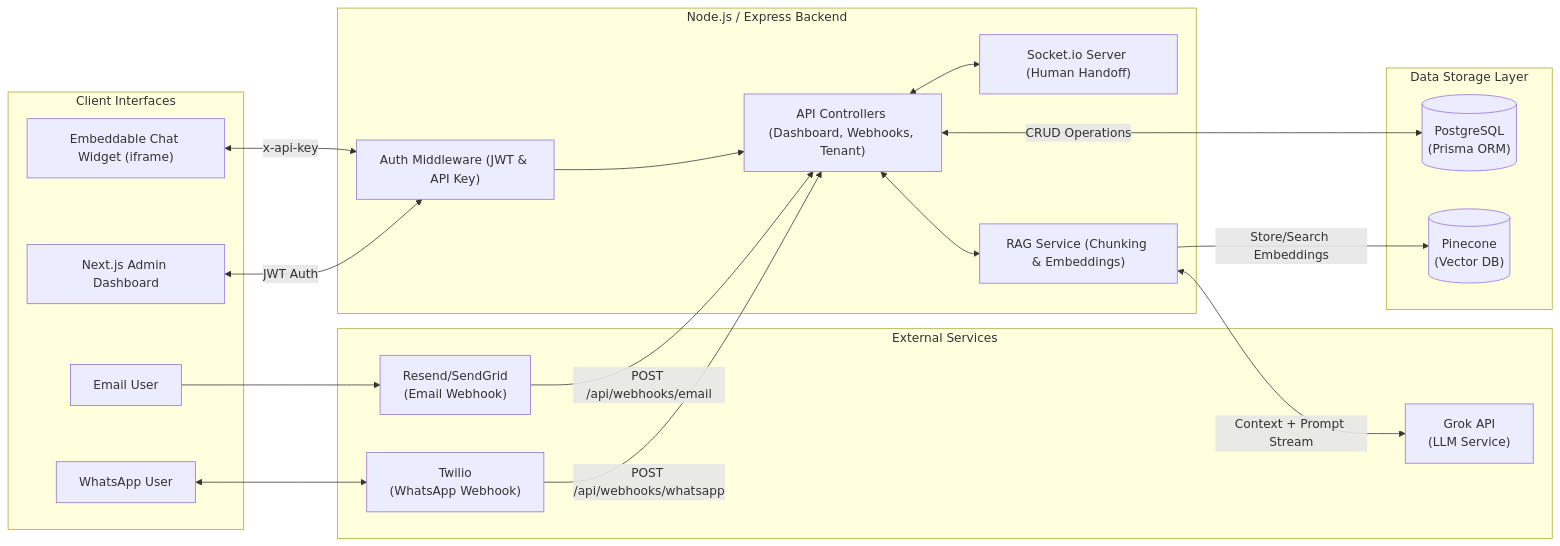
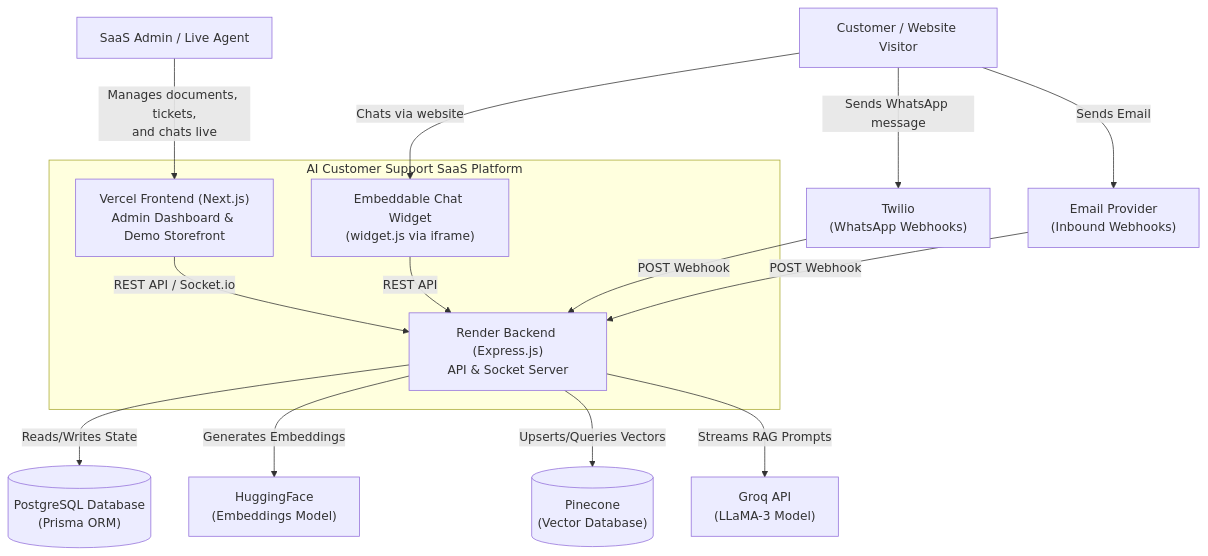
One commit to RoniMaity/AI-Customer-Support-SaaS changed the diagram in systemContextDiagram.md. Above: the diagram before and after it, drawn with Mermaid. The commit also changed 3 other files, not shown here.

Commit message:
docs: update system architecture and flow diagrams

````diff
--- a/systemContextDiagram.md
+++ b/systemContextDiagram.md
@@ -1,49 +5,40 @@
 ```mermaid
-flowchart LR
-    subgraph Clients["Client Interfaces"]
-        A["Next.js Admin Dashboard"]
-        B["Embeddable Chat Widget (iframe)"]
-        WApp["WhatsApp User"]
-        Email["Email User"]
+graph TD
+    %% Actors
+    Admin["SaaS Admin / Live Agent"]
+    Visitor["Customer / Website Visitor"]
+    
+    %% Core System
+    subgraph "AI Customer Support SaaS Platform"
+        Frontend["Vercel Frontend (Next.js)<br/>Admin Dashboard & Demo Storefront"]
+        Backend["Render Backend (Express.js)<br/>API & Socket Server"]
+        Widget["Embeddable Chat Widget<br/>(widget.js via iframe)"]
     end
+    
+    %% Databases
+    DB[("PostgreSQL Database<br/>(Prisma ORM)")]
+    VectorDB[("Pinecone<br/>(Vector Database)")]
+    
+    %% External Integrations
+    LLM["Groq API<br/>(LLaMA-3 Model)"]
+    HF["HuggingFace<br/>(Embeddings Model)"]
+    Twilio["Twilio<br/>(WhatsApp Webhooks)"]
+    Email["Email Provider<br/>(Inbound Webhooks)"]
 
-    subgraph BackendApp["Node.js / Express Backend"]
-        C["Auth Middleware (JWT & API Key)"]
-        D["API Controllers (Dashboard, Webhooks, Tenant)"]
-        E["Socket.io Server (Human Handoff)"]
-        F["RAG Service (Chunking & Embeddings)"]
-    end
-
-    subgraph Databases["Data Storage Layer"]
-        G[("PostgreSQL\n(Prisma ORM)")]
-        H[("Pinecone\n(Vector DB)")]
-    end
-
-    subgraph External["External Services"]
-        I["Grok API\n(LLM Service)"]
-        J["Twilio\n(WhatsApp Webhook)"]
-        K["Resend/SendGrid\n(Email Webhook)"]
-    end
-
-    %% Client -> Backend flows
-    A <-- "JWT Auth" --> C
-    B <-- "x-api-key" --> C
+    %% Relationships
+    Admin -- "Manages documents, tickets,<br/>and chats live" --> Frontend
+    Visitor -- "Chats via website" --> Widget
+    Visitor -- "Sends WhatsApp message" --> Twilio
+    Visitor -- "Sends Email" --> Email
     
-    WApp <--> J
-    J -- "POST /api/webhooks/whatsapp" --> D
+    Frontend -- "REST API / Socket.io" --> Backend
+    Widget -- "REST API" --> Backend
     
-    Email --> K
-    K -- "POST /api/webhooks/email" --> D
-
-    %% Backend routing
-    C --> D
-    D <--> E
-    D <--> F
-
-    %% Backend -> Database flows
-    D <-- "CRUD Operations" --> G
-    F -- "Store/Search Embeddings" --> H
-
-    %% Backend -> External APIs
-    F <-- "Context + Prompt Stream" --> I
+    Twilio -- "POST Webhook" --> Backend
+    Email -- "POST Webhook" --> Backend
+    
+    Backend -- "Reads/Writes State" --> DB
+    Backend -- "Generates Embeddings" --> HF
+    Backend -- "Upserts/Queries Vectors" --> VectorDB
+    Backend -- "Streams RAG Prompts" --> LLM
 ```
````
